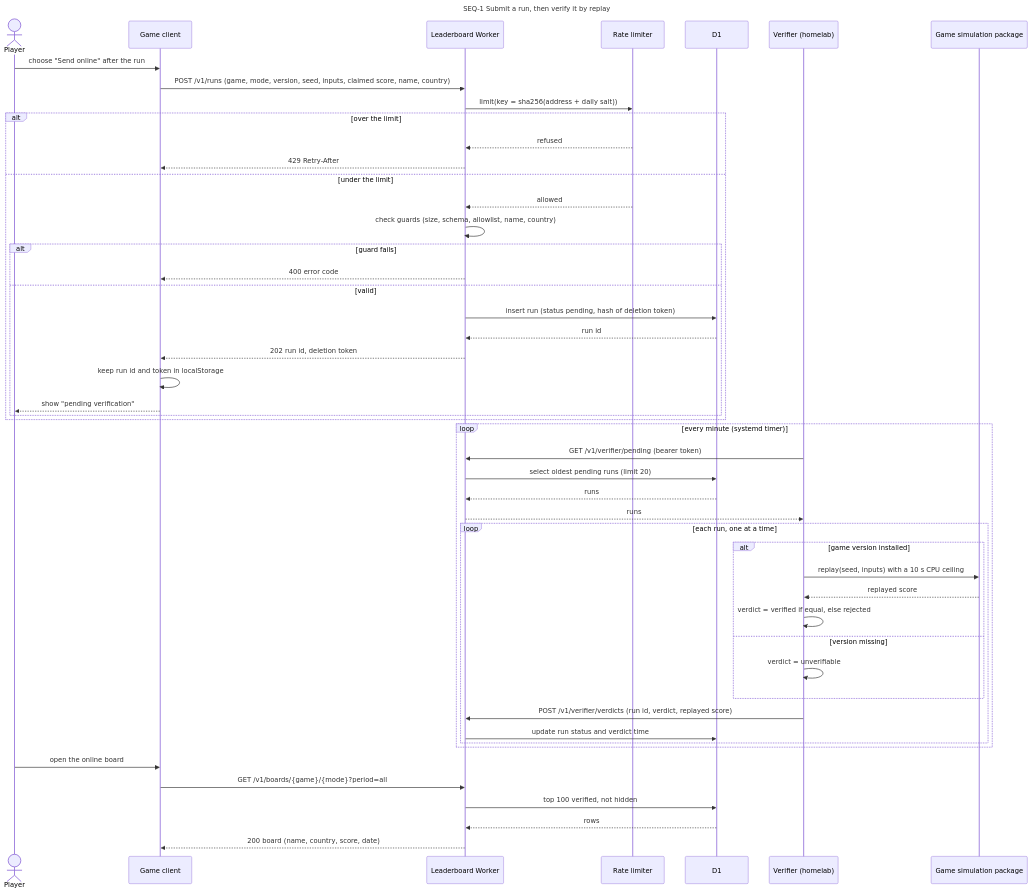
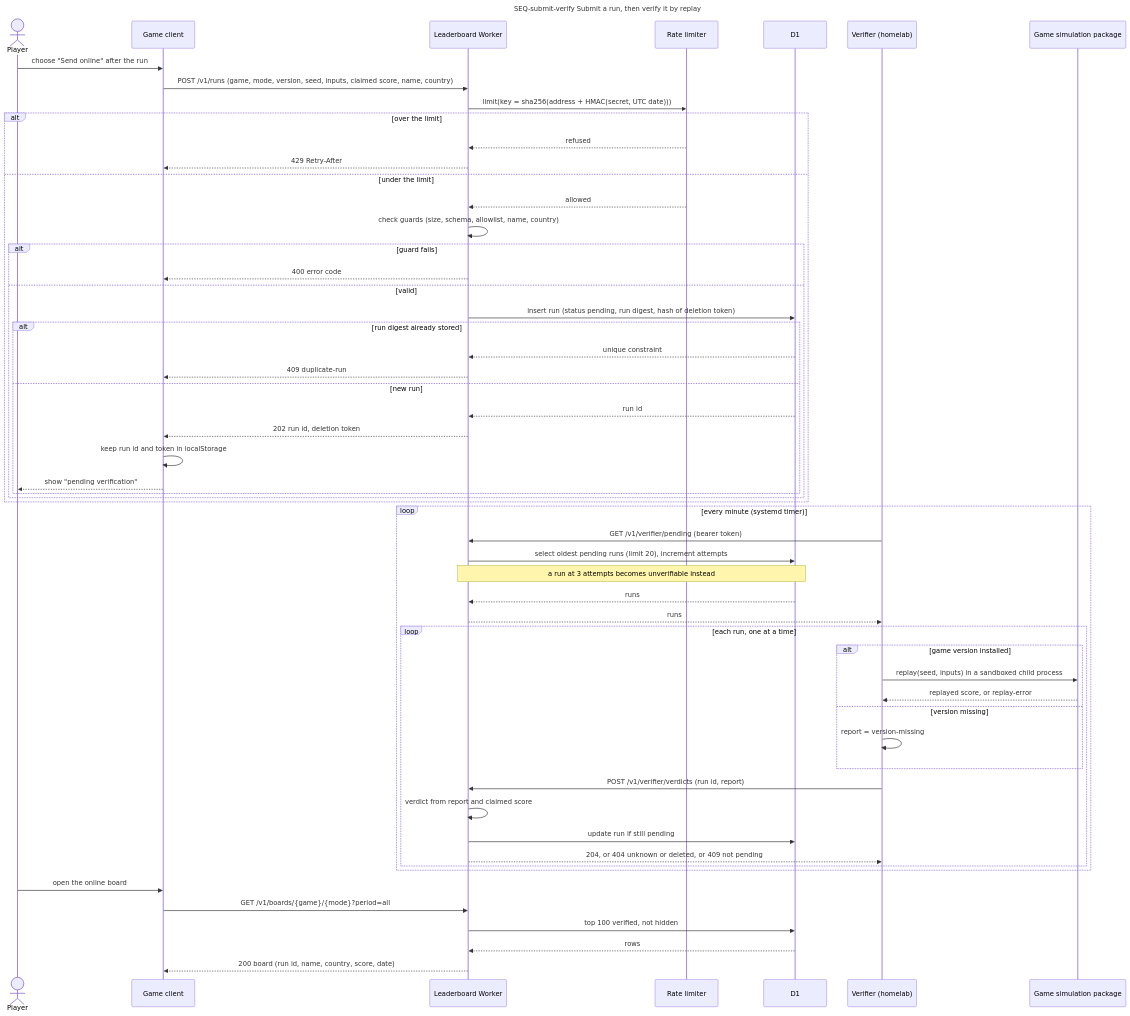
One commit to benoit-bremaud/retro-leaderboard changed the diagram in docs/architecture/diagrams/leaderboard/02-sequence-submit-verify.md. Above: the diagram before and after it, drawn with Mermaid. The commit also changed other lines of this file and 12 other files, not shown here.

First line of the commit message:
docs(uml): address the adversarial review of the conception study

````diff
--- a/docs/architecture/diagrams/leaderboard/02-sequence-submit-verify.md
+++ b/docs/architecture/diagrams/leaderboard/02-sequence-submit-verify.md
@@ -14,55 +14,62 @@
 ```mermaid
 sequenceDiagram
-    title SEQ-1 Submit a run, then verify it by replay
+    title SEQ-submit-verify Submit a run, then verify it by replay
     actor P as Player
     participant G as Game client
     participant W as Leaderboard Worker
     participant RL as Rate limiter
     participant DB as D1
     participant V as Verifier (homelab)
     participant S as Game simulation package
 
     P->>G: choose "Send online" after the run
     G->>W: POST /v1/runs (game, mode, version, seed, inputs, claimed score, name, country)
-    W->>RL: limit(key = sha256(address + daily salt))
+    W->>RL: limit(key = sha256(address + HMAC(secret, UTC date)))
     alt over the limit
         RL-->>W: refused
         W-->>G: 429 Retry-After
     else under the limit
         RL-->>W: allowed
         W->>W: check guards (size, schema, allowlist, name, country)
         alt guard fails
             W-->>G: 400 error code
         else valid
-            W->>DB: insert run (status pending, hash of deletion token)
+            W->>DB: insert run (status pending, run digest, hash of deletion token)
+            alt run digest already stored
+                DB-->>W: unique constraint
+                W-->>G: 409 duplicate-run
+            else new run
             DB-->>W: run id
             W-->>G: 202 run id, deletion token
             G->>G: keep run id and token in localStorage
             G-->>P: show "pending verification"
+            end
         end
     end
 
     loop every minute (systemd timer)
         V->>W: GET /v1/verifier/pending (bearer token)
-        W->>DB: select oldest pending runs (limit 20)
+        W->>DB: select oldest pending runs (limit 20), increment attempts
+        Note over W,DB: a run at 3 attempts becomes unverifiable instead
         DB-->>W: runs
         W-->>V: runs
         loop each run, one at a time
             alt game version installed
-                V->>S: replay(seed, inputs) with a 10 s CPU ceiling
-                S-->>V: replayed score
-                V->>V: verdict = verified if equal, else rejected
+                V->>S: replay(seed, inputs) in a sandboxed child process
+                S-->>V: replayed score, or replay-error
             else version missing
-                V->>V: verdict = unverifiable
+                V->>V: report = version-missing
             end
-            V->>W: POST /v1/verifier/verdicts (run id, verdict, replayed score)
-            W->>DB: update run status and verdict time
+            V->>W: POST /v1/verifier/verdicts (run id, report)
+            W->>W: verdict from report and claimed score
+            W->>DB: update run if still pending
+            W-->>V: 204, or 404 unknown or deleted, or 409 not pending
         end
     end
 
     P->>G: open the online board
     G->>W: GET /v1/boards/{game}/{mode}?period=all
     W->>DB: top 100 verified, not hidden
     DB-->>W: rows
-    W-->>G: 200 board (name, country, score, date)
+    W-->>G: 200 board (run id, name, country, score, date)
 ```
````
